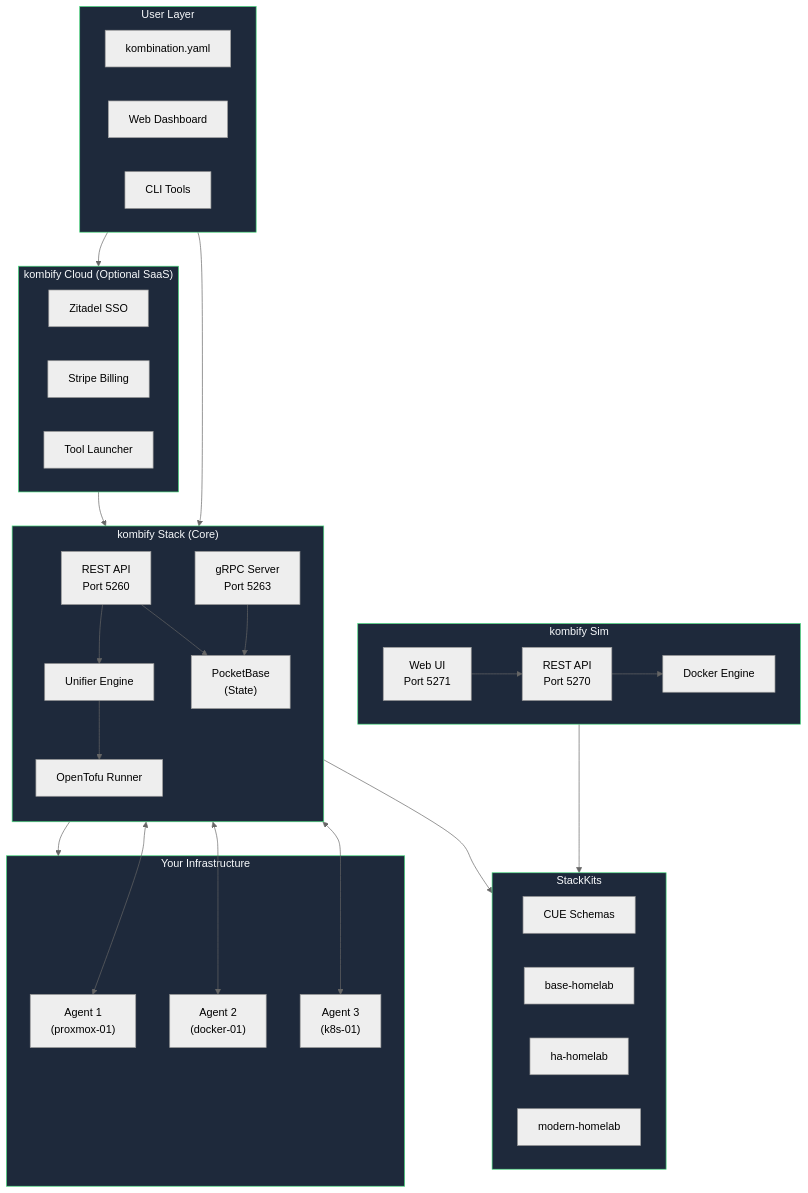
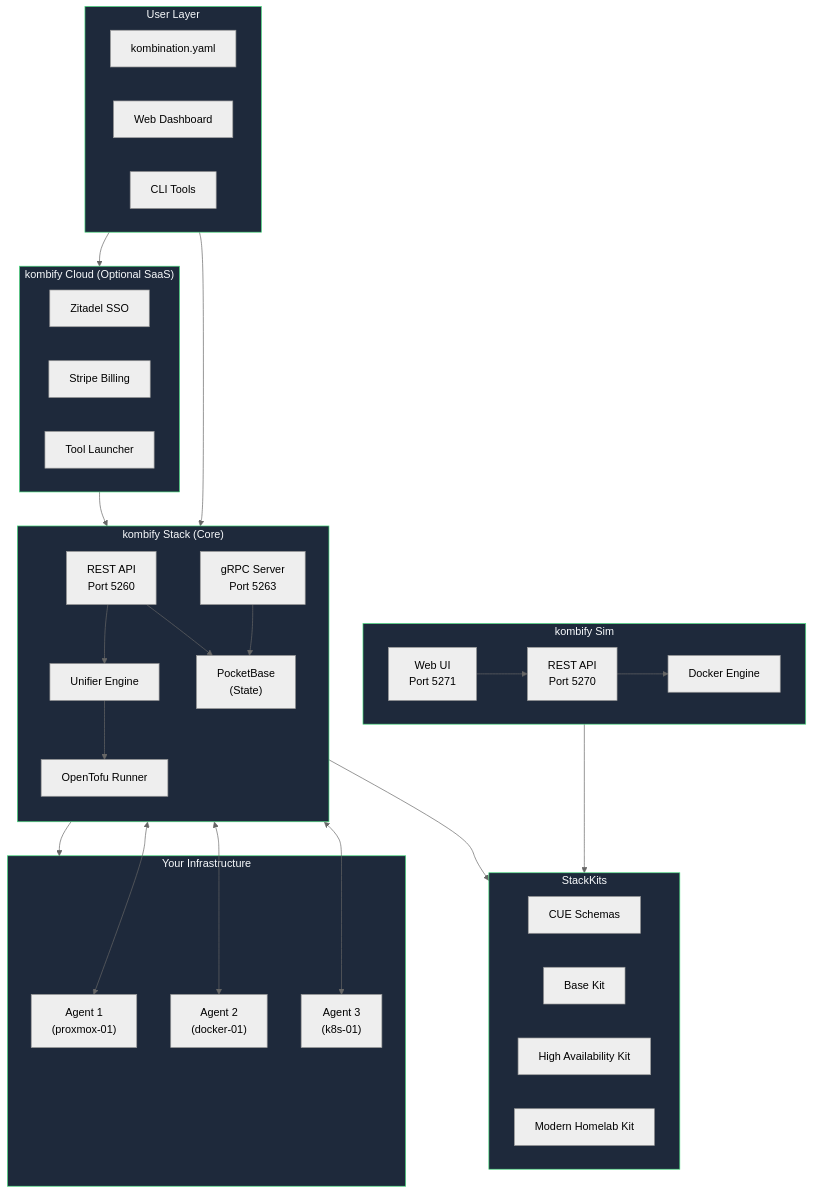
The first of 9 diagrams in concepts/architecture.mdx (KombiverseLabs/docs), drawn with Mermaid (neutral theme) before and after one commit. The commit also changed other lines of this file and 14 other files, not shown here.

````diff
--- a/concepts/architecture.mdx
+++ b/concepts/architecture.mdx
@@ -11,68 +11,68 @@
 ```mermaid
 graph TB
     subgraph User["User Layer"]
         YAML["kombination.yaml"]
         UI["Web Dashboard"]
         CLI["CLI Tools"]
     end
 
     subgraph Cloud["kombify Cloud (Optional SaaS)"]
         direction LR
         Auth["Zitadel SSO"]
         Billing["Stripe Billing"]
         Launcher["Tool Launcher"]
     end
 
     subgraph Stack["kombify Stack (Core)"]
         direction TB
         API["REST API<br/>Port 5260"]
         gRPC["gRPC Server<br/>Port 5263"]
         Unifier["Unifier Engine"]
         ToFu["OpenTofu Runner"]
         PB["PocketBase<br/>(State)"]
         
         API --> Unifier
         Unifier --> ToFu
         API --> PB
         gRPC --> PB
     end
 
     subgraph Sim["kombify Sim"]
         SimAPI["REST API<br/>Port 5270"]
         SimUI["Web UI<br/>Port 5271"]
         Docker["Docker Engine"]
         
         SimUI --> SimAPI
         SimAPI --> Docker
     end
 
     subgraph StackKits["StackKits"]
         CUE["CUE Schemas"]
-        Base["base-homelab"]
-        HA["ha-homelab"]
-        Modern["modern-homelab"]
+        Base["Base Kit"]
+        HA["High Availability Kit"]
+        Modern["Modern Homelab Kit"]
     end
 
     subgraph Infra["Your Infrastructure"]
         Agent1["Agent 1<br/>(proxmox-01)"]
         Agent2["Agent 2<br/>(docker-01)"]
         Agent3["Agent 3<br/>(k8s-01)"]
     end
 
     User --> Cloud
     User --> Stack
     Cloud --> Stack
     
     Stack --> StackKits
     Sim --> StackKits
     
     gRPC <--> Agent1 & Agent2 & Agent3
     ToFu --> Infra
 
     style User fill:#1e293b,stroke:#4ade80,color:#f8fafc
     style Cloud fill:#1e293b,stroke:#4ade80,color:#f8fafc
     style Stack fill:#1e293b,stroke:#4ade80,color:#f8fafc
     style Sim fill:#1e293b,stroke:#4ade80,color:#f8fafc
     style StackKits fill:#1e293b,stroke:#4ade80,color:#f8fafc
     style Infra fill:#1e293b,stroke:#4ade80,color:#f8fafc
 ```
````
